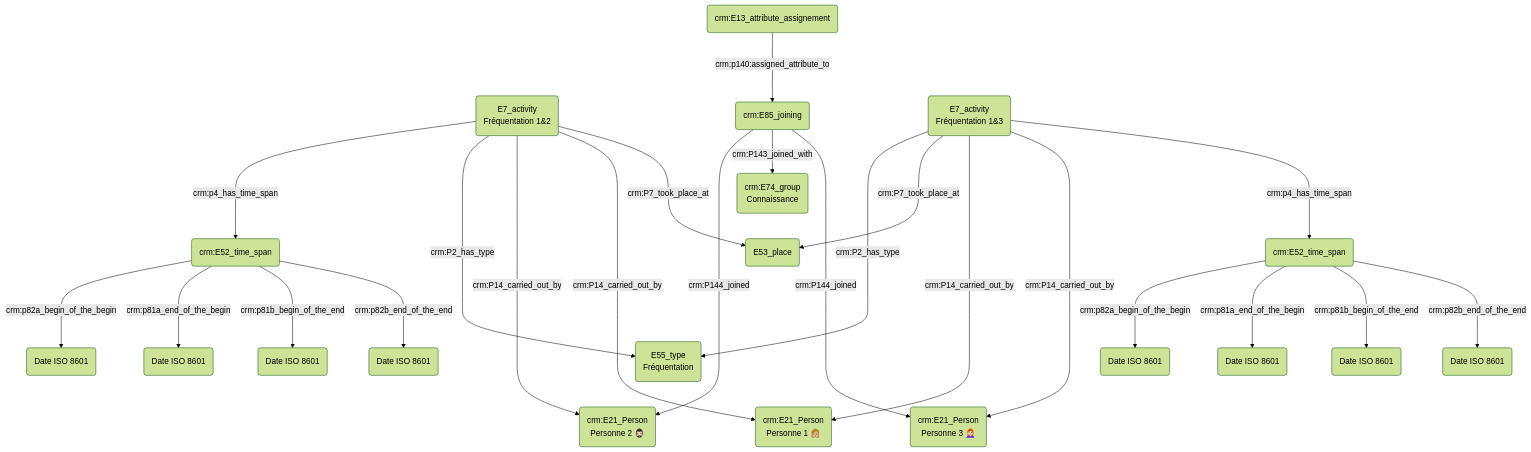
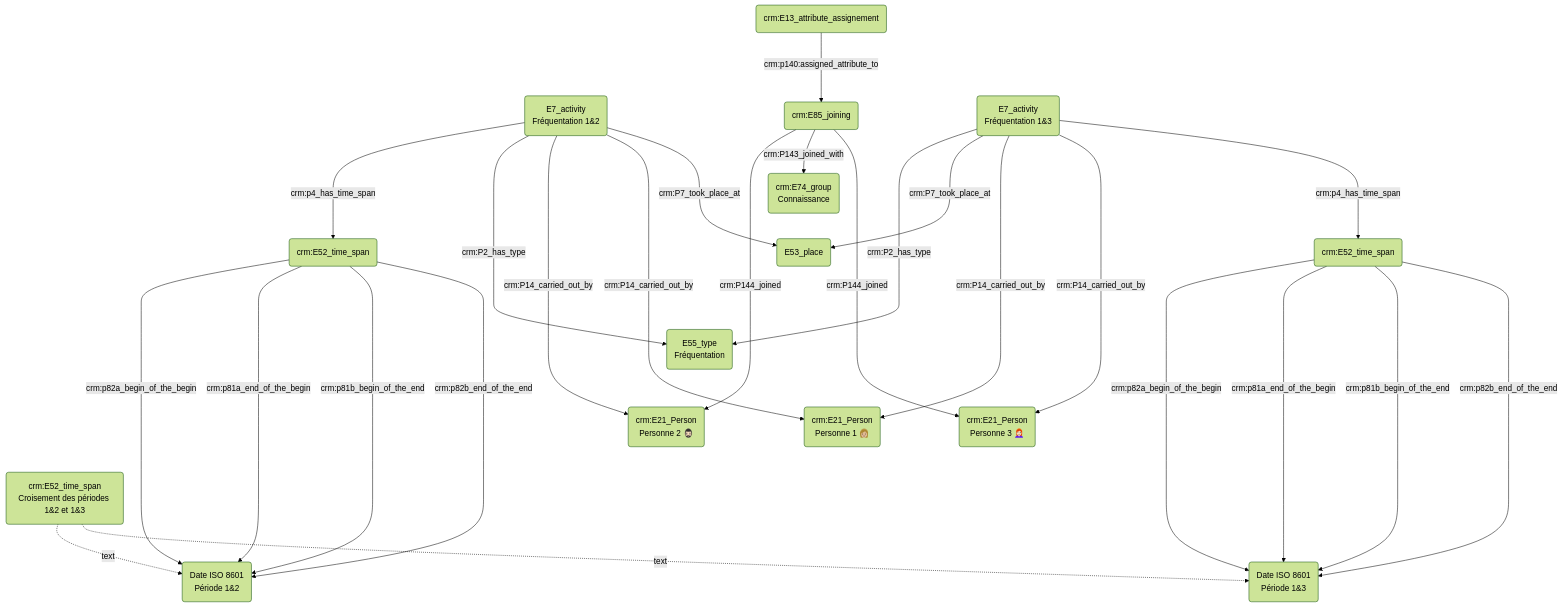
The third of 3 diagrams in modules/prosopographie/index.md (Amleth/consortium-musica2-gt2-ontologies), drawn with Mermaid (forest theme) before and after one commit.

````diff
--- a/modules/prosopographie/index.md
+++ b/modules/prosopographie/index.md
@@ -44,35 +44,37 @@
 ```mermaid
 graph TD;
 
 B(E7_activity<br>Fréquentation 1&2) ---> |crm:p4_has_time_span| I(crm:E52_time_span)
 B(E7_activity<br>Fréquentation 1&2) ----->|crm:P2_has_type| F(E55_type<br>Fréquentation)
 
 G(crm:E85_joining) ------>|crm:P144_joined| C("crm:E21_Person<br>Personne 2 🧔🏻‍♂️")
 G(crm:E85_joining) -->|crm:P143_joined_with| H(crm:E74_group<br>Connaissance)
 G(crm:E85_joining) ------>|crm:P144_joined| E("crm:E21_Person<br>Personne 3 👩🏻‍🦰")
 
 O(crm:E13_attribute_assignement) --->|crm:p140:assigned_attribute_to| G(crm:E85_joining)
 
 D(E7_activity<br>Fréquentation 1&3) -->|crm:P2_has_type| F(E55_type<br>Fréquentation)
 
 B(E7_activity<br>Fréquentation 1&2) ------>|crm:P14_carried_out_by| C("crm:E21_Person<br>Personne 2 🧔🏻‍♂️")
 B(E7_activity<br>Fréquentation 1&2) ---->|crm:P14_carried_out_by| A("crm:E21_Person<br>Personne 1 👩🏼")
 D(E7_activity<br>Fréquentation 1&3) --->|crm:P7_took_place_at| M(E53_place)
 B(E7_activity<br>Fréquentation 1&2) --->|crm:P7_took_place_at| M(E53_place)
 D(E7_activity<br>Fréquentation 1&3) ------>|crm:P14_carried_out_by| A("crm:E21_Person<br>Personne 1 👩🏼")
 D(E7_activity<br>Fréquentation 1&3) ------>|crm:P14_carried_out_by| E("crm:E21_Person<br>Personne 3 👩🏻‍🦰")
 
 D(E7_activity<br>Fréquentation 1&3) ---> |crm:p4_has_time_span| N(crm:E52_time_span)
 
-I(crm:E52_time_span) ---> |crm:p82a_begin_of_the_begin| S("Date ISO 8601")
-I(crm:E52_time_span) ---> |crm:p81a_end_of_the_begin| T("Date ISO 8601")
-I(crm:E52_time_span) ---> |crm:p81b_begin_of_the_end|U("Date ISO 8601")
-I(crm:E52_time_span) ---> |crm:p82b_end_of_the_end| V("Date ISO 8601")
+I(crm:E52_time_span) ------> |crm:p82a_begin_of_the_begin| S("Date ISO 8601<br>Période 1&2")
+I(crm:E52_time_span) ------> |crm:p81a_end_of_the_begin| S("Date ISO 8601<br>Période 1&2")
+I(crm:E52_time_span) ------> |crm:p81b_begin_of_the_end|S("Date ISO 8601<br>Période 1&2")
+I(crm:E52_time_span) ------> |crm:p82b_end_of_the_end| S("Date ISO 8601<br>Période 1&2")
 
-N(crm:E52_time_span) ---> |crm:p82a_begin_of_the_begin| W("Date ISO 8601")
-N(crm:E52_time_span) ---> |crm:p81a_end_of_the_begin| X("Date ISO 8601")
-N(crm:E52_time_span) ---> |crm:p81b_begin_of_the_end|Y("Date ISO 8601")
-N(crm:E52_time_span) ---> |crm:p82b_end_of_the_end| Z("Date ISO 8601")
+N(crm:E52_time_span) ------> |crm:p82a_begin_of_the_begin| T("Date ISO 8601<br>Période 1&3")
+N(crm:E52_time_span) ------> |crm:p81a_end_of_the_begin| T("Date ISO 8601<br>Période 1&3")
+N(crm:E52_time_span) ------> |crm:p81b_begin_of_the_end|T("Date ISO 8601<br>Période 1&3")
+N(crm:E52_time_span) ------> |crm:p82b_end_of_the_end| T("Date ISO 8601<br>Période 1&3")
 
+U(crm:E52_time_span<br>Croisement des périodes 1&2 et 1&3)-. text .-> S("Date ISO 8601<br>Période 1&2")
+U(crm:E52_time_span<br>Croisement des périodes 1&2 et 1&3)-. text .-> T("Date ISO 8601<br>Période 1&3")
 
 ```
````
